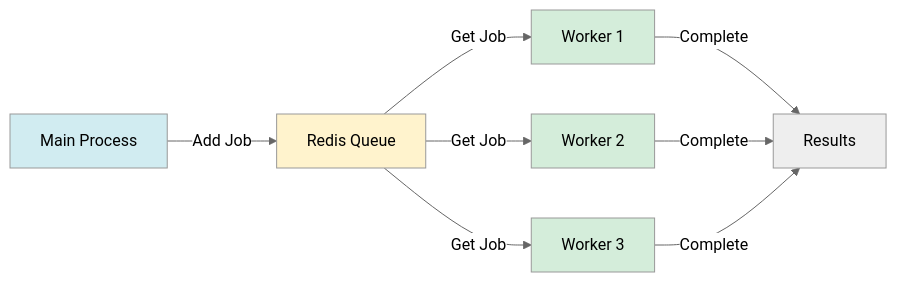
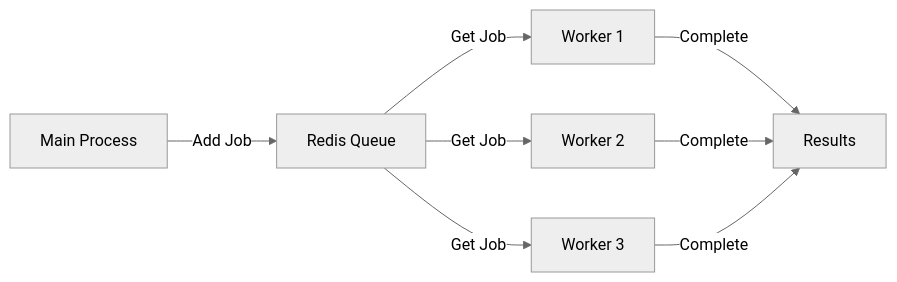
Before and after one commit to wtoloza-dev/ZTH-n8n-Engineer: the fifth of 11 diagrams in lessons/01-foundations/theory/04-architecture.md, drawn with Mermaid (neutral theme). The commit also changed other lines of this file and 31 other files, not shown here.

````diff
--- a/lessons/01-foundations/theory/04-architecture.md
+++ b/lessons/01-foundations/theory/04-architecture.md
@@ -139,17 +129,12 @@
 ```mermaid
 graph LR
     A[Main Process] -->|Add Job| B[Redis Queue]
     B -->|Get Job| C[Worker 1]
     B -->|Get Job| D[Worker 2]
     B -->|Get Job| E[Worker 3]
     
     C -->|Complete| F[Results]
     D -->|Complete| F
     E -->|Complete| F
     
-    style A fill:#d1ecf1
-    style B fill:#fff3cd
-    style C fill:#d4edda
-    style D fill:#d4edda
-    style E fill:#d4edda
 ```
````
